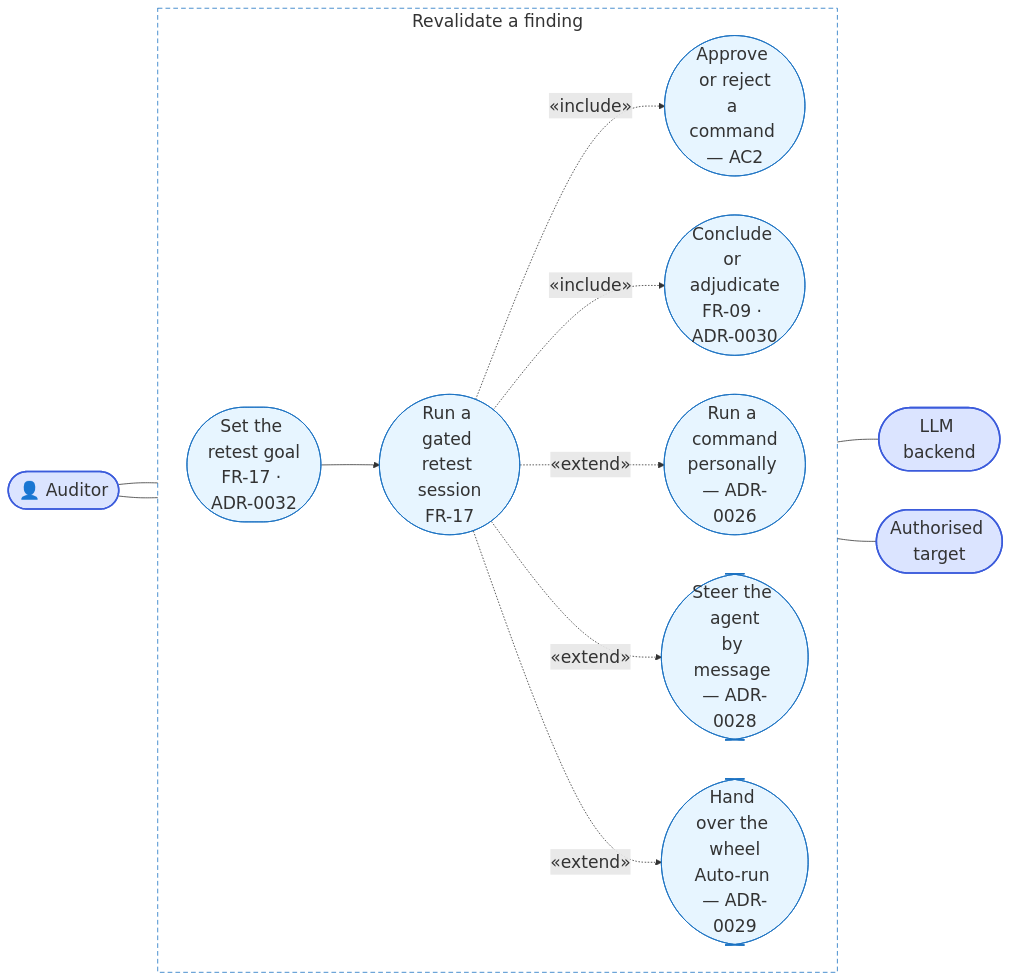
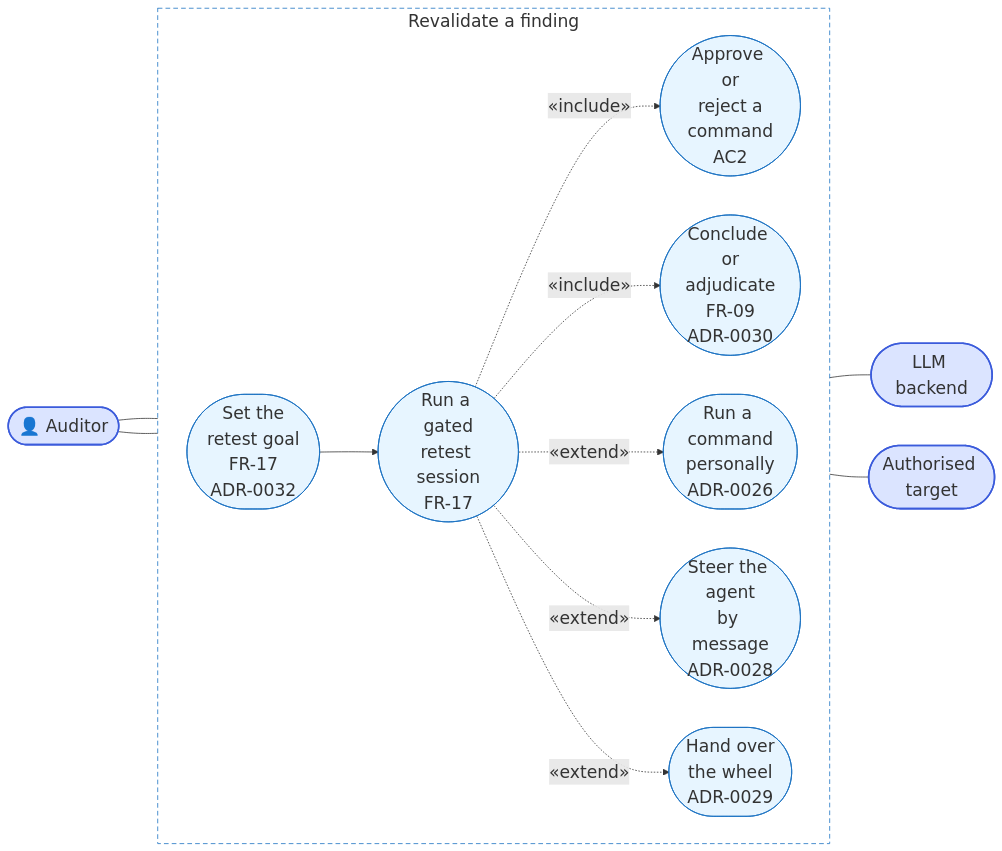
The second of 2 diagrams in docs/requirements/use-cases.md (SelfishCoconut/revalid), drawn with Mermaid before and after one commit. The commit also changed other lines of this file and 17 other files, not shown here.

````diff
--- a/docs/requirements/use-cases.md
+++ b/docs/requirements/use-cases.md
@@ -74,35 +74,35 @@
 ```mermaid
 %%{init: {"flowchart": {"useMaxWidth": false, "wrappingWidth": 120}, "themeVariables": {"fontSize": "22px"}}}%%
 flowchart LR
     AUD(["👤 Auditor"])
     LLM(["LLM backend"])
     TGT(["Authorised target"])
 
     subgraph RET["Revalidate a finding"]
         direction LR
-        U5(["Set the retest goal<br/>FR-17 · ADR-0032"])
-        U6(["Run a gated retest session<br/>FR-17"])
-        U7(["Approve or reject<br/>a command — AC2"])
-        U11(["Conclude or adjudicate<br/>FR-09 · ADR-0030"])
-        U8(["Run a command<br/>personally — ADR-0026"])
-        U9(["Steer the agent<br/>by message — ADR-0028"])
-        U10(["Hand over the wheel<br/>Auto-run — ADR-0029"])
+        U5(["Set the<br/>retest goal<br/>FR-17<br/>ADR-0032"])
+        U6(["Run a gated<br/>retest session<br/>FR-17"])
+        U7(["Approve or<br/>reject a<br/>command<br/>AC2"])
+        U11(["Conclude or<br/>adjudicate<br/>FR-09<br/>ADR-0030"])
+        U8(["Run a command<br/>personally<br/>ADR-0026"])
+        U9(["Steer the agent<br/>by message<br/>ADR-0028"])
+        U10(["Hand over<br/>the wheel<br/>ADR-0029"])
     end
 
     AUD --- U5
     AUD --- U6
     U5 --> U6
     U6 -.->|"«include»"| U7
     U6 -.->|"«include»"| U11
     U6 -.->|"«extend»"| U8
     U6 -.->|"«extend»"| U9
     U6 -.->|"«extend»"| U10
     U6 --- LLM
     U6 --- TGT
 
     classDef actor fill:#dbe4ff,stroke:#3b5bdb,stroke-width:2px
     classDef uc fill:#e7f5ff,stroke:#1971c2
     class AUD,LLM,TGT actor
     class U5,U6,U7,U8,U9,U10,U11 uc
     style RET fill:none,stroke:#1971c2,stroke-dasharray:6 4
 ```
````
